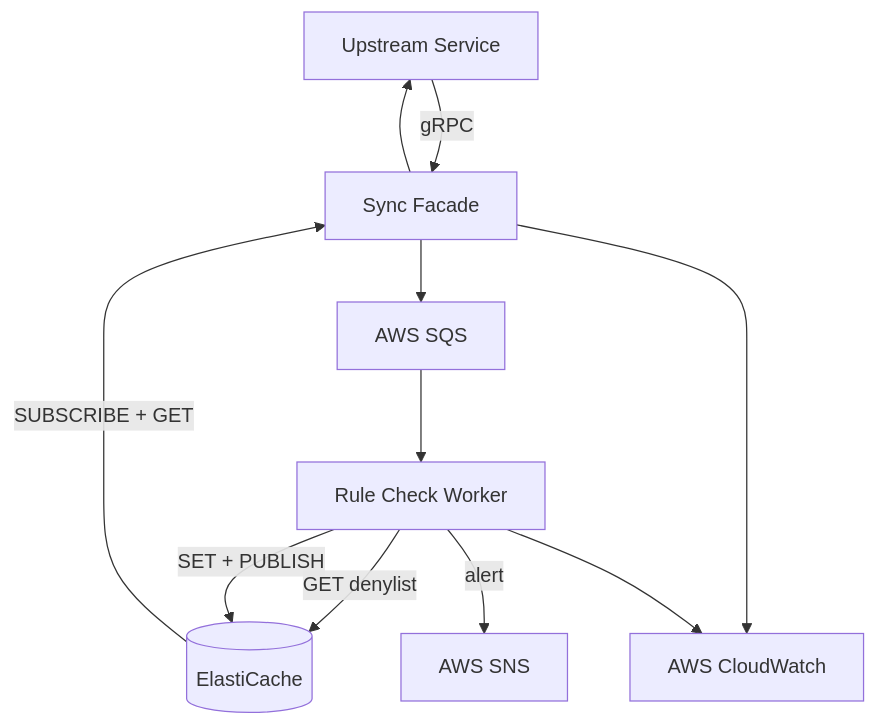
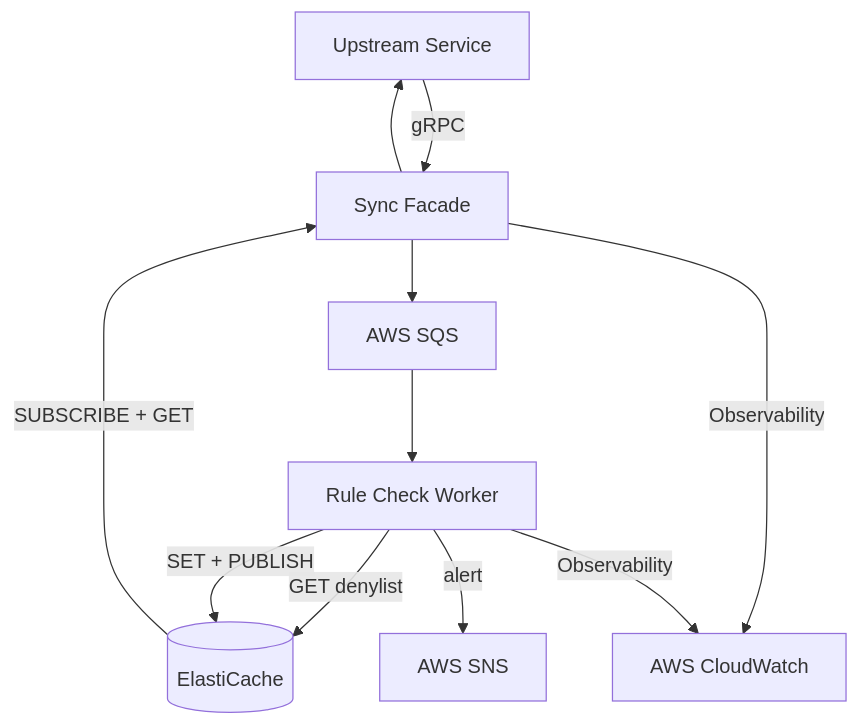
One commit to wushaobo/exercise-fda changed the diagram in README.md. Above: the diagram before and after it, drawn with Mermaid. The commit also changed other lines of this file, not shown here.

````diff
--- a/README.md
+++ b/README.md
@@ -7,13 +7,13 @@
 ```mermaid
 flowchart TB
     Upstream[Upstream Service] -->|gRPC| Facade[Sync Facade]
     Facade --> Upstream
     Facade --> Queue[AWS SQS]
-    Facade --> CloudWatch[AWS CloudWatch]
+    Facade -->|Observability| CloudWatch[AWS CloudWatch]
     Queue --> Worker[Rule Check Worker]
     Worker -->|GET denylist| Cache[(ElastiCache)]
     Worker -->|SET + PUBLISH| Cache
     Worker -->|alert| SNS[AWS SNS]
-    Worker -->CloudWatch
+    Worker -->|Observability| CloudWatch
     Cache -->|SUBSCRIBE + GET| Facade
 ```
````
